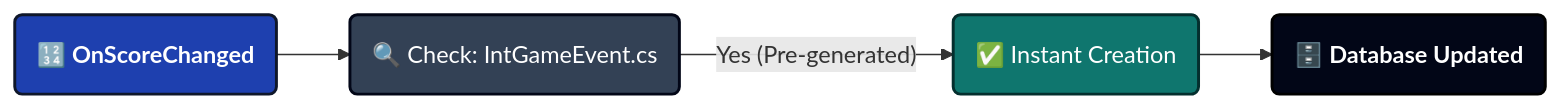
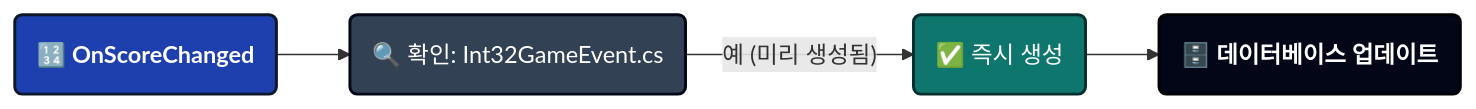
Before and after one commit to tinygiants-tech/TinyGiants: the second of 4 diagrams in i18n/ko/docusaurus-plugin-content-docs/current/game-event-system/visual-workflow/game-event-creator.md, drawn with Mermaid. The commit also changed other lines of this file and 81 other files, not shown here.

````diff
--- a/i18n/ko/docusaurus-plugin-content-docs/current/game-event-system/visual-workflow/game-event-creator.md
+++ b/i18n/ko/docusaurus-plugin-content-docs/current/game-event-system/visual-workflow/game-event-creator.md
@@ -286,14 +286,14 @@
 ```mermaid
 graph LR
 
     classDef event fill:#1e40af,stroke:#0f172a,stroke-width:2px,color:#ffffff,font-weight:bold
     classDef decision fill:#334155,stroke:#020617,stroke-width:2px,color:#ffffff
     classDef success fill:#0f766e,stroke:#042f2e,stroke-width:2px,color:#ffffff
     classDef system fill:#020617,stroke:#000000,stroke-width:2px,color:#ffffff,font-weight:bold
 
-    A(🔢 OnScoreChanged <int>):::event --> B(🔍 Check: IntGameEvent.cs):::decision
+    A(🔢 OnScoreChanged <int>):::event --> B(🔍 확인: Int32GameEvent.cs):::decision
     
-    B -- "Yes (Pre-generated)" --> C(✅ Instant Creation):::success
+    B -- "예 (미리 생성됨)" --> C(✅ 즉시 생성):::success
     
-    C --> D(🗄️ Database Updated):::system
+    C --> D(🗄️ 데이터베이스 업데이트):::system
 ```
````
